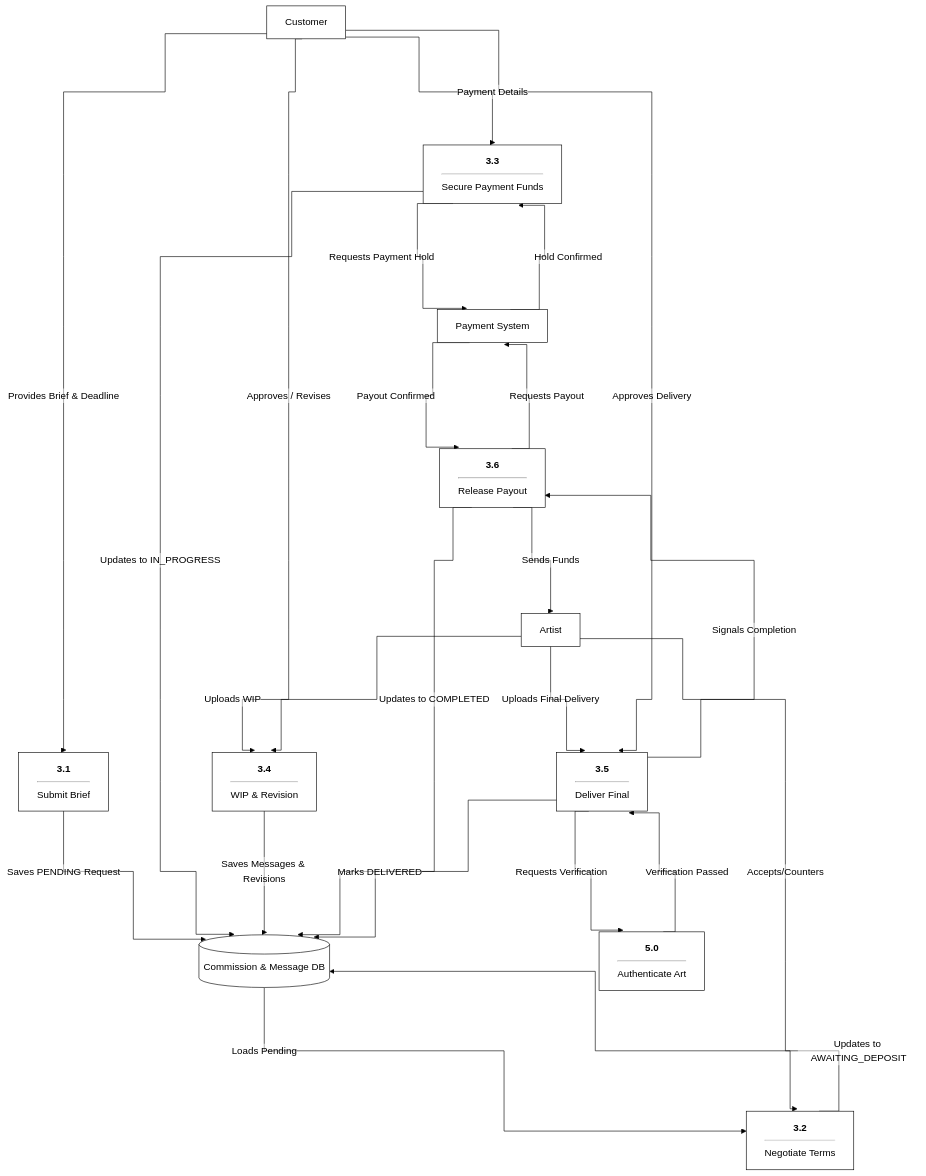
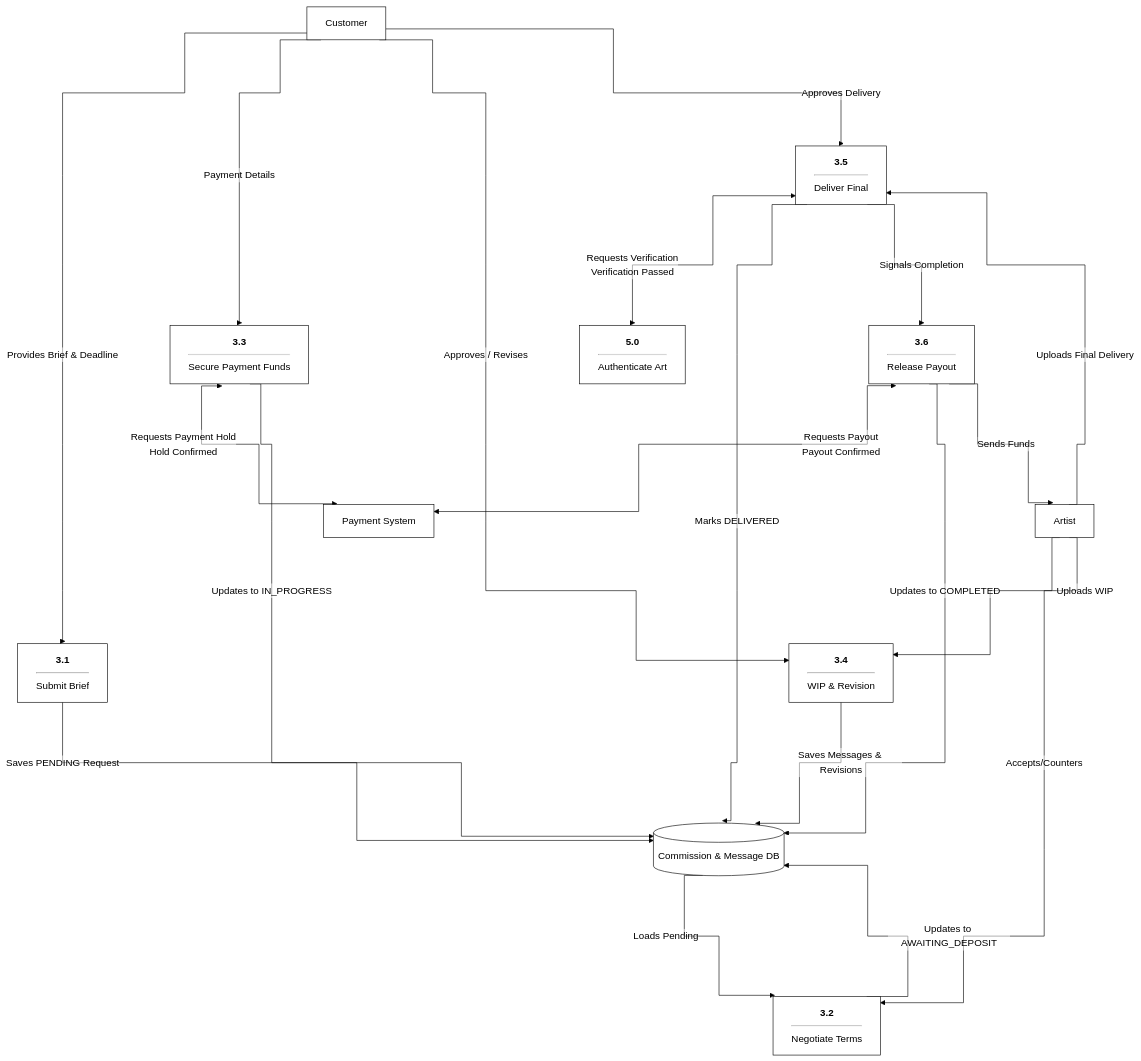
One commit to binssente-crypto/DFD changed the third of 3 diagrams in README.md. Above: the diagram before and after it, drawn with Mermaid. The commit also changed other lines of this file, not shown here.

Commit message:
Combine Level 2 bidirectional arrows to prevent lines from hugging node edges

````diff
--- a/README.md
+++ b/README.md
@@ -89,49 +89,46 @@
 ```mermaid
 %%{init: { 'flowchart': { 'curve': 'step', 'nodeSpacing': 150, 'rankSpacing': 150 }, 'theme': 'base', 'themeVariables': { 'primaryColor': '#ffffff', 'primaryBorderColor': '#000000', 'primaryTextColor': '#000000', 'lineColor': '#000000', 'background': '#ffffff', 'edgeLabelBackground': 'rgba(255, 255, 255, 0)' } }}%%
 graph TD
     %% External Entities
     Customer[Customer]
     Artist[Artist]
     
     %% Stores & Services
     Database[(Commission & Message DB)]
     Payment[Payment System]
     P5["<b>5.0</b><hr/>Authenticate Art"]
     
     %% Sub-Processes
     P31["<b>3.1</b><hr/>Submit Brief"]
     P32["<b>3.2</b><hr/>Negotiate Terms"]
     P33["<b>3.3</b><hr/>Secure Payment Funds"]
     P34["<b>3.4</b><hr/>WIP & Revision"]
     P35["<b>3.5</b><hr/>Deliver Final"]
     P36["<b>3.6</b><hr/>Release Payout"]
     
     %% Flows
     Customer -- "Provides Brief & Deadline" --> P31
     P31 -- "Saves PENDING Request" --> Database
     
     Database -- "Loads Pending" --> P32
     Artist -- "Accepts/Counters" --> P32
     P32 -- "Updates to AWAITING_DEPOSIT" --> Database
     
     Customer -- "Payment Details" --> P33
-    P33 -- "Requests Payment Hold" --> Payment
-    Payment -- "Hold Confirmed" --> P33
+    P33 <--> |"Requests Payment Hold<br/>Hold Confirmed"| Payment
     P33 -- "Updates to IN_PROGRESS" --> Database
     
     Artist -- "Uploads WIP" --> P34
     Customer -- "Approves / Revises" --> P34
     P34 -- "Saves Messages & Revisions" --> Database
     
     Artist -- "Uploads Final Delivery" --> P35
-    P35 -- "Requests Verification" --> P5
-    P5 -- "Verification Passed" --> P35
+    P35 <--> |"Requests Verification<br/>Verification Passed"| P5
     Customer -- "Approves Delivery" --> P35
     P35 -- "Marks DELIVERED" --> Database
     
     P35 -- "Signals Completion" --> P36
-    P36 -- "Requests Payout" --> Payment
-    Payment -- "Payout Confirmed" --> P36
+    P36 <--> |"Requests Payout<br/>Payout Confirmed"| Payment
     P36 -- "Updates to COMPLETED" --> Database
     P36 -- "Sends Funds" --> Artist
 ```
````
